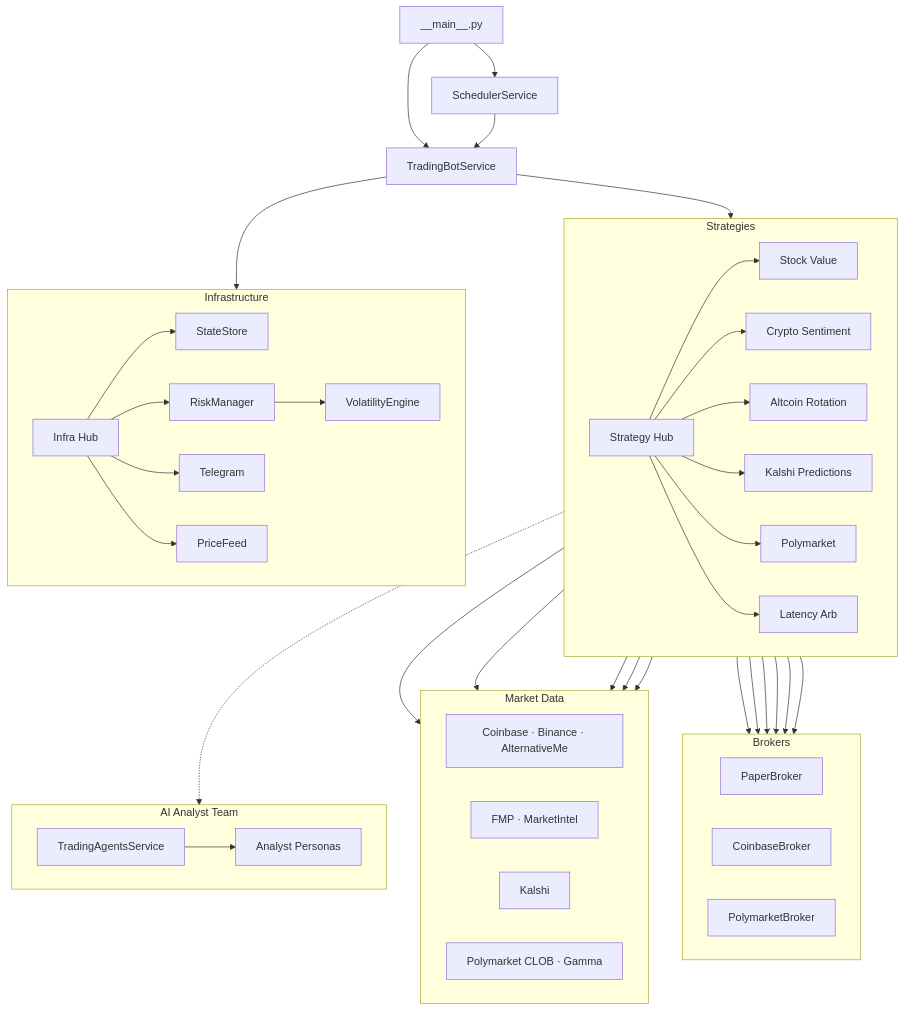
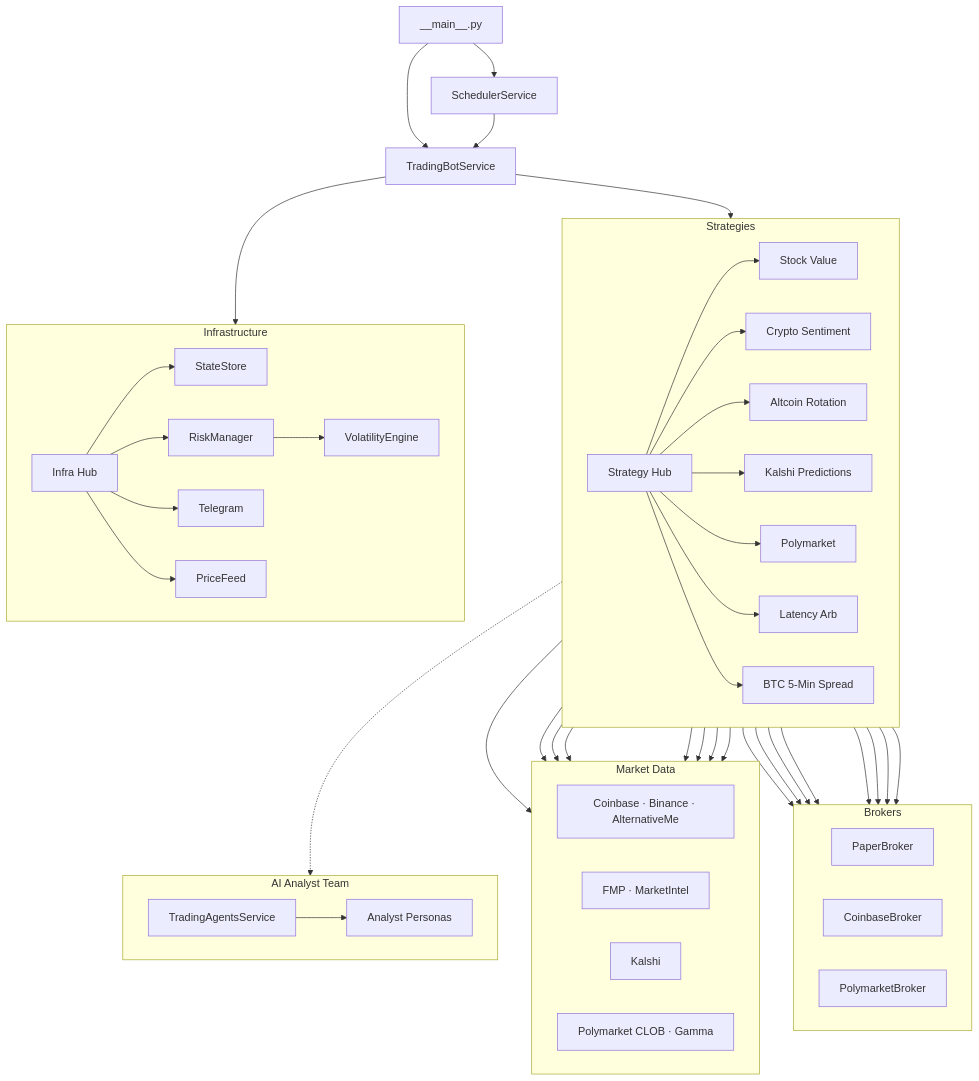
One commit to sherifconteh-collab/Zulubot changed the first of 5 diagrams in README.md. Above: the diagram before and after it, drawn with Mermaid. The commit also changed other lines of this file and 2 other files, not shown here.

```diff
--- a/README.md
+++ b/README.md
@@ -20,6 +20,7 @@
         PRED["Kalshi Predictions"]
         POLY["Polymarket"]
         LARB["Latency Arb"]
+        BTC5["BTC 5-Min Spread"]
     end
 
     SVC --> STRAT
@@ -29,6 +30,7 @@
     STRAT --> PRED
     STRAT --> POLY
     STRAT --> LARB
+    STRAT --> BTC5
 
     subgraph Brokers
         direction LR
@@ -43,6 +45,8 @@
     PRED --> PB
     POLY --> PMB
     LARB --> PB
+    BTC5 --> CB
+    BTC5 --> PMB
 
     subgraph Data["Market Data"]
         direction LR
@@ -57,6 +61,9 @@
     PRED --> D_KAL
     LARB --> D_KAL
     POLY --> D_POLY
+    BTC5 --> D_CB
+    BTC5 --> D_KAL
+    BTC5 --> D_POLY
 
     subgraph AI["AI Analyst Team"]
         direction LR
```
